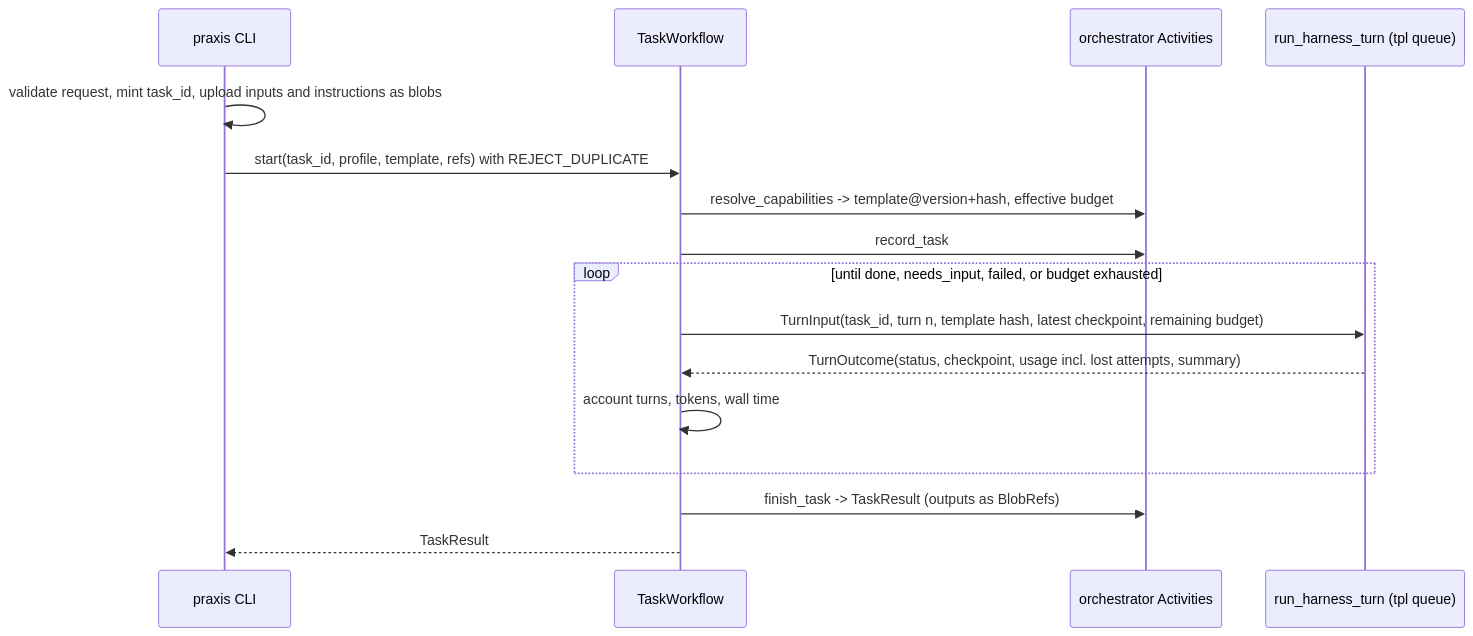
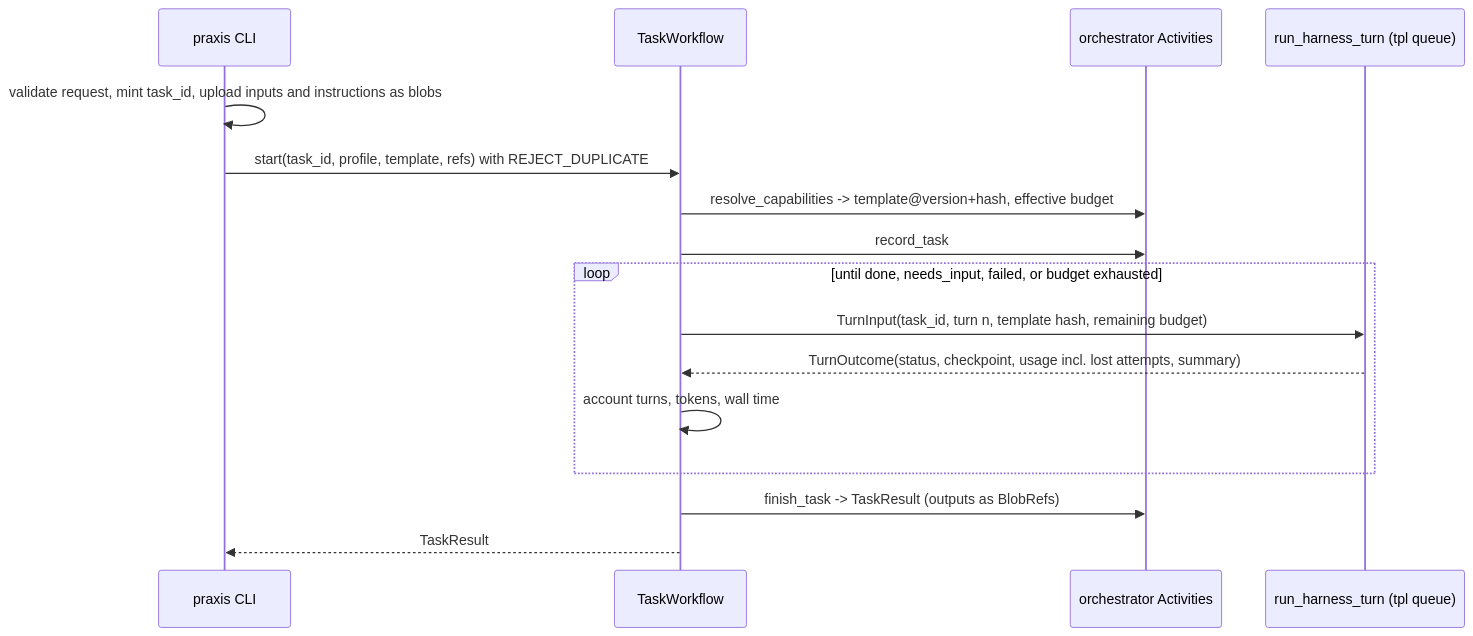
Before and after one commit to geosp/praxismesh: the second of 2 diagrams in docs/rfcs/phase-1-single-agent.md, drawn with Mermaid. The commit also changed other lines of this file and 8 other files, not shown here.

````diff
--- a/docs/rfcs/phase-1-single-agent.md
+++ b/docs/rfcs/phase-1-single-agent.md
@@ -167,18 +174,18 @@
 ```mermaid
 sequenceDiagram
   participant C as praxis CLI
   participant W as TaskWorkflow
   participant A as orchestrator Activities
   participant H as run_harness_turn (tpl queue)
   C->>C: validate request, mint task_id, upload inputs and instructions as blobs
   C->>W: start(task_id, profile, template, refs) with REJECT_DUPLICATE
   W->>A: resolve_capabilities -> template@version+hash, effective budget
   W->>A: record_task
   loop until done, needs_input, failed, or budget exhausted
-    W->>H: TurnInput(task_id, turn n, template hash, latest checkpoint, remaining budget)
+    W->>H: TurnInput(task_id, turn n, template hash, remaining budget)
     H-->>W: TurnOutcome(status, checkpoint, usage incl. lost attempts, summary)
     W->>W: account turns, tokens, wall time
   end
   W->>A: finish_task -> TaskResult (outputs as BlobRefs)
   W-->>C: TaskResult
 ```
````
